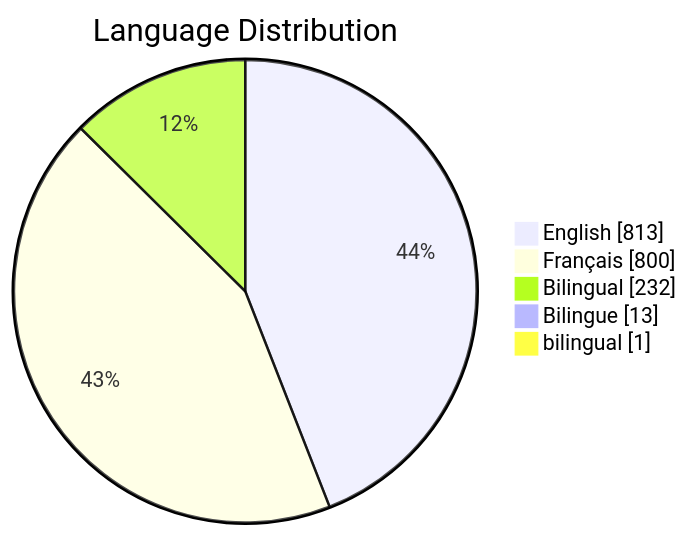
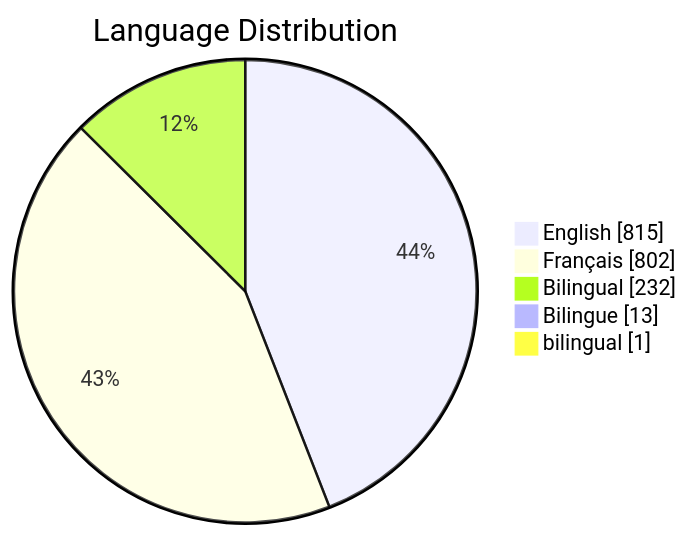
One commit to PatLittle/GC-Socials changed the third of 6 diagrams in README.md. Above: the diagram before and after it, drawn with Mermaid. The commit also changed other lines of this file, not shown here.

Commit message:
Update README with Platform Distribution pie chart

````diff
--- a/README.md
+++ b/README.md
@@ -80,8 +81,8 @@
 ```mermaid
 pie showData title Language Distribution
-    "English": 813
-    "Français": 800
+    "English": 815
+    "Français": 802
     "Bilingual": 232
     "Bilingue": 13
     "bilingual": 1
 ```
````
